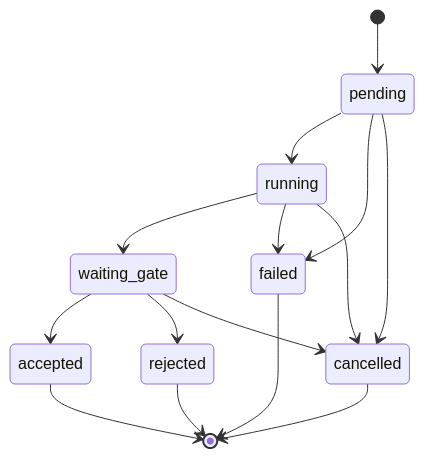
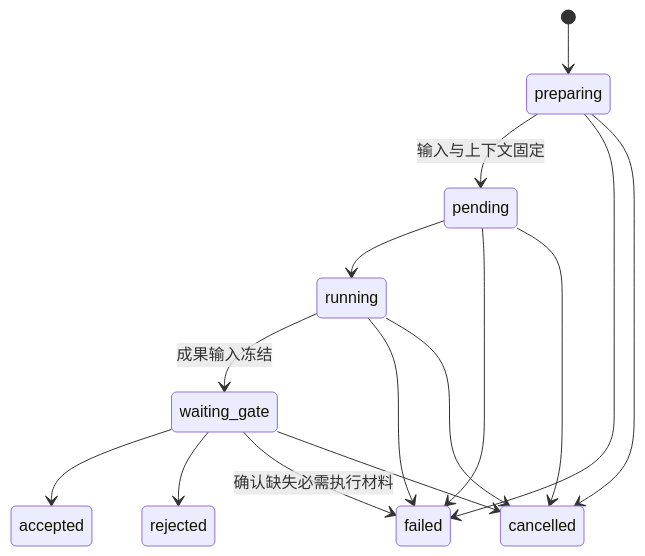
One commit to LingMessy/facetloom changed the fifth of 5 diagrams in design/02-requirement.md. Above: the diagram before and after it, drawn with Mermaid. The commit also changed other lines of this file and 10 other files, not shown here.

````diff
--- a/design/02-requirement.md
+++ b/design/02-requirement.md
@@ -299,17 +323,17 @@
 ```mermaid
 stateDiagram-v2
-    [*] --> pending
+    [*] --> preparing
+    preparing --> pending: 输入与上下文固定
+    preparing --> failed
     pending --> running
     pending --> failed
-    pending --> cancelled
-    running --> waiting_gate
+    running --> waiting_gate: 成果输入冻结
     running --> failed
-    running --> cancelled
     waiting_gate --> accepted
     waiting_gate --> rejected
+    waiting_gate --> failed: 确认缺失必需执行材料
+    preparing --> cancelled
+    pending --> cancelled
+    running --> cancelled
     waiting_gate --> cancelled
-    accepted --> [*]
-    rejected --> [*]
-    failed --> [*]
-    cancelled --> [*]
 ```
````
